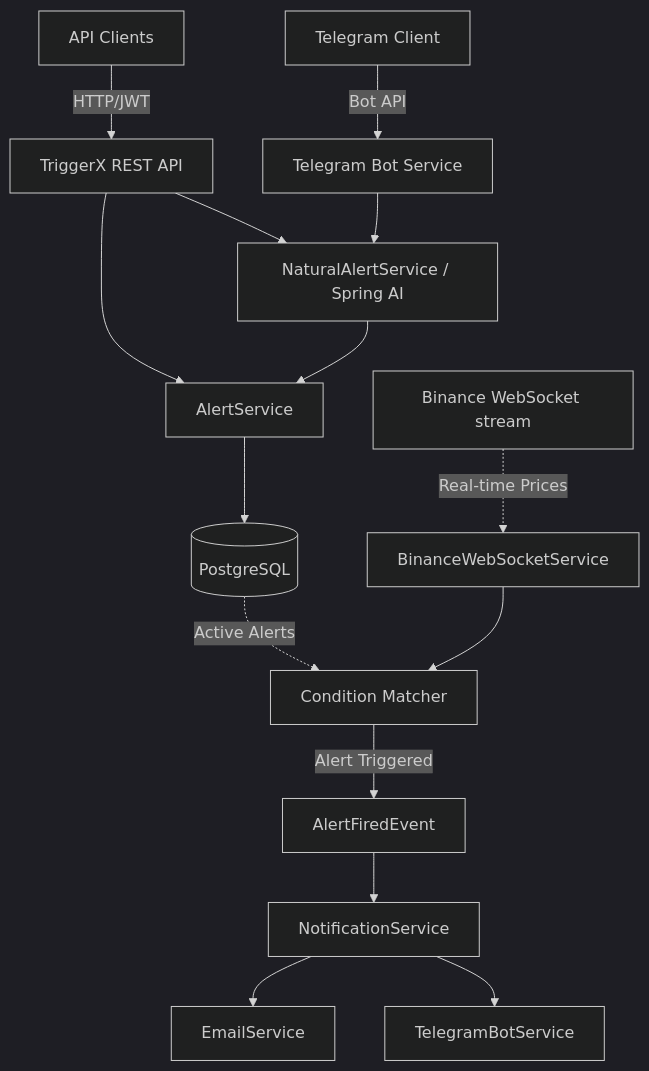
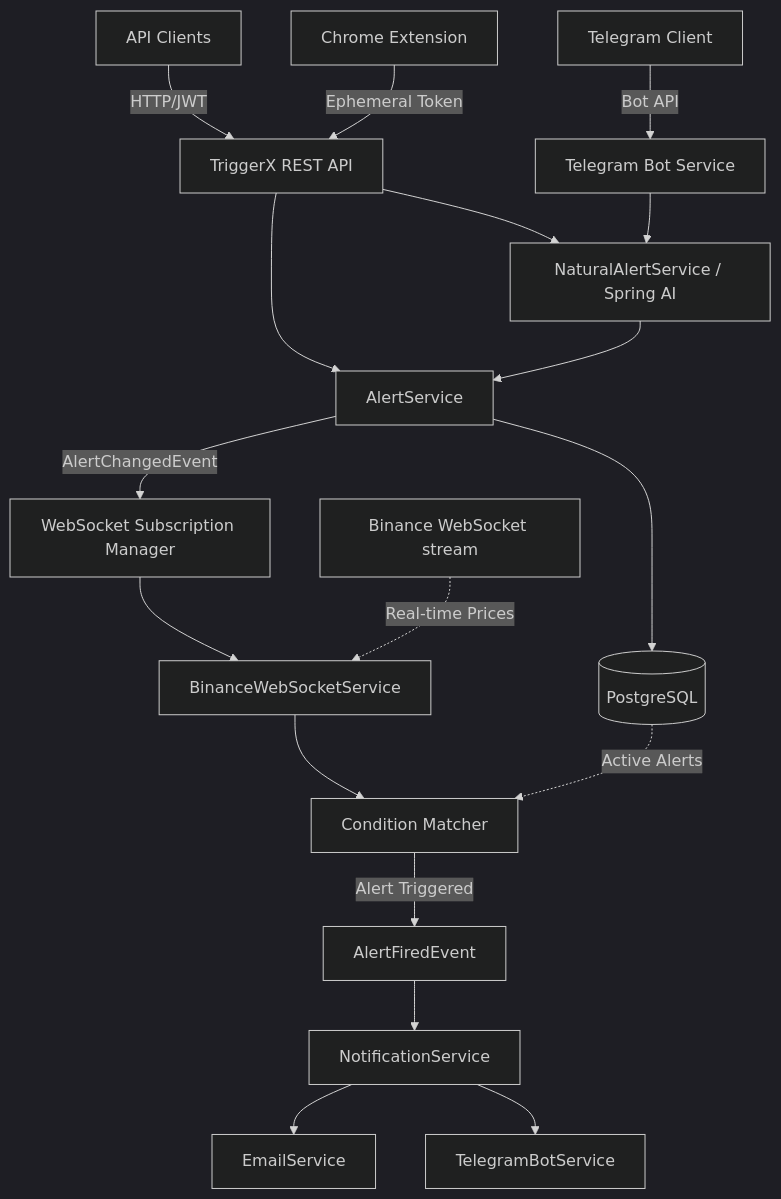
Before and after one commit to Shiva-Xs/triggerx-backend: the diagram in README.md, drawn with Mermaid (dark theme). The commit also changed other lines of this file and 24 other files, not shown here.

````diff
--- a/README.md
+++ b/README.md
@@ -42,22 +40,25 @@
 ```mermaid
 graph TD
     Client[API Clients] -->|HTTP/JWT| API[TriggerX REST API]
+    Extension[Chrome Extension] -->|Ephemeral Token| API
     Telegram[Telegram Client] -->|Bot API| TGBot[Telegram Bot Service]
-    
+
     API --> AlertService
     TGBot --> AI[NaturalAlertService / Spring AI]
     AI --> AlertService
     API --> AI
-    
+
+    AlertService -->|AlertChangedEvent| WsSub[WebSocket Subscription Manager]
     AlertService --> DB[(PostgreSQL)]
-    
+
     Binance[Binance WebSocket stream] -.->|Real-time Prices| PStream[BinanceWebSocketService]
+    WsSub --> PStream
     PStream --> Matcher[Condition Matcher]
     DB -.->|Active Alerts| Matcher
-    
+
     Matcher -->|Alert Triggered| Event[AlertFiredEvent]
     Event --> Notifier[NotificationService]
-    
+
     Notifier --> Email[EmailService]
     Notifier --> TGSender[TelegramBotService]
 ```
````
